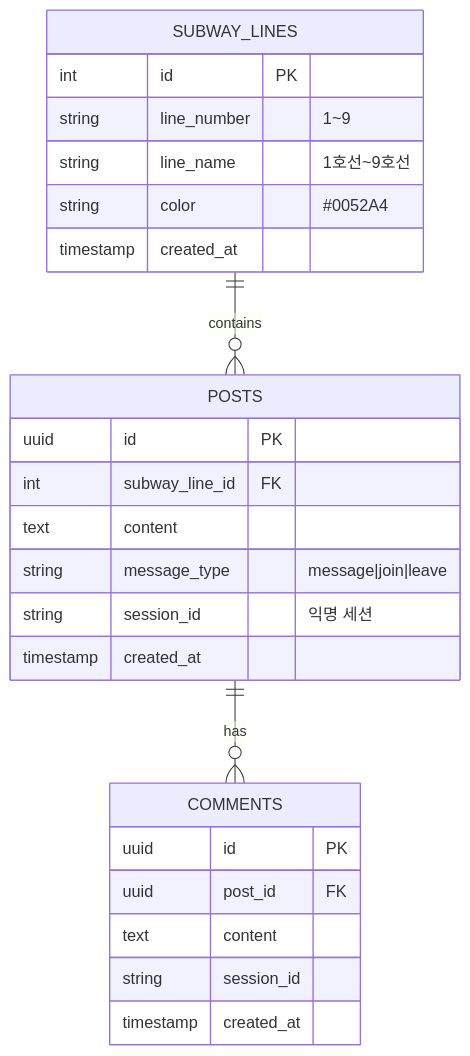
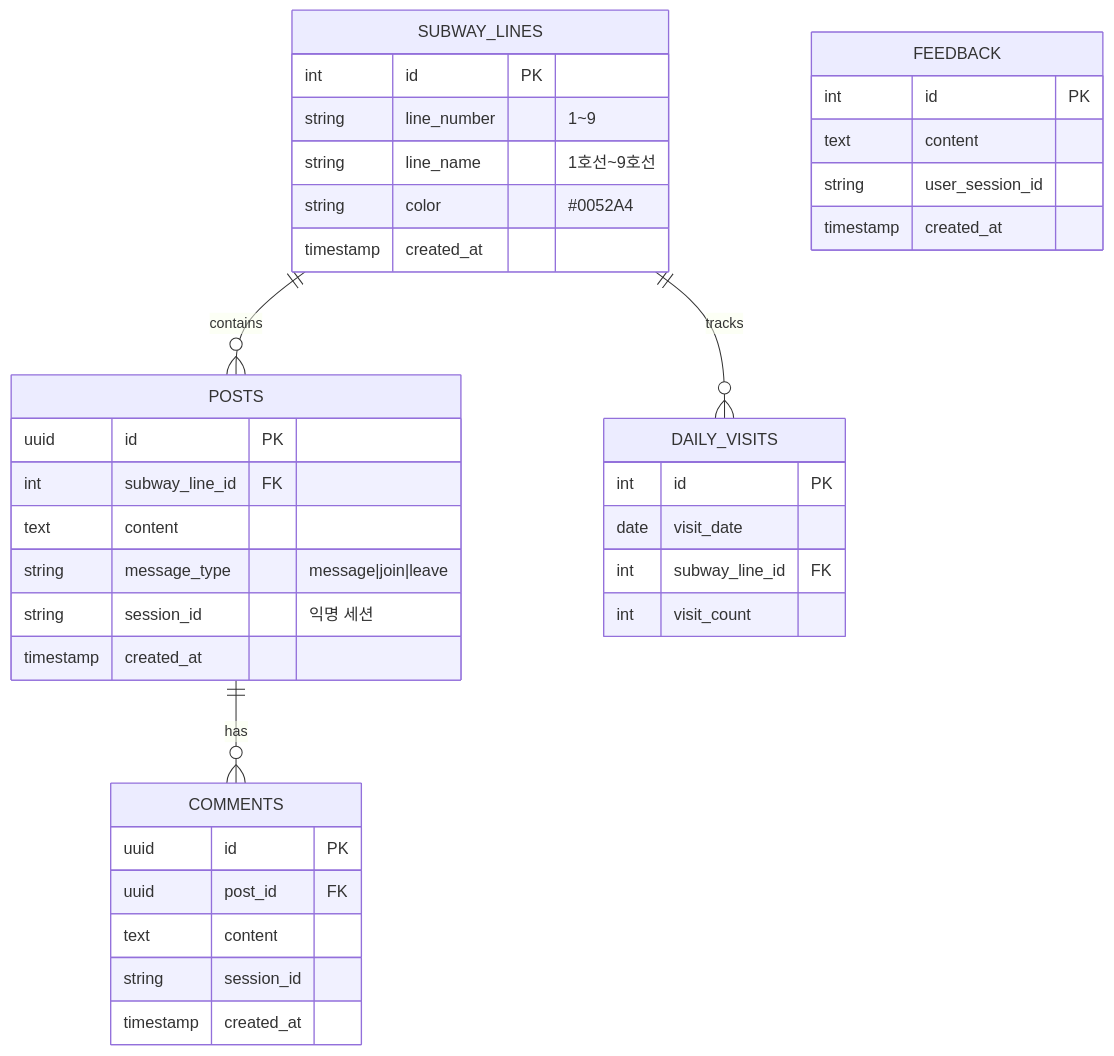
The fifth of 11 diagrams in README.md (doublesilver/subway-board), drawn with Mermaid before and after one commit. The commit also changed other lines of this file, not shown here.

````diff
--- a/README.md
+++ b/README.md
@@ -211,30 +211,45 @@
 ```mermaid
 erDiagram
     SUBWAY_LINES ||--o{ POSTS : contains
+    SUBWAY_LINES ||--o{ DAILY_VISITS : tracks
     POSTS ||--o{ COMMENTS : has
 
     SUBWAY_LINES {
         int id PK
         string line_number "1~9"
         string line_name "1호선~9호선"
         string color "#0052A4"
         timestamp created_at
     }
 
     POSTS {
         uuid id PK
         int subway_line_id FK
         text content
         string message_type "message|join|leave"
         string session_id "익명 세션"
         timestamp created_at
     }
 
     COMMENTS {
         uuid id PK
         uuid post_id FK
         text content
         string session_id
         timestamp created_at
     }
+
+    DAILY_VISITS {
+        int id PK
+        date visit_date
+        int subway_line_id FK
+        int visit_count
+    }
+
+    FEEDBACK {
+        int id PK
+        text content
+        string user_session_id
+        timestamp created_at
+    }
 ```
````
